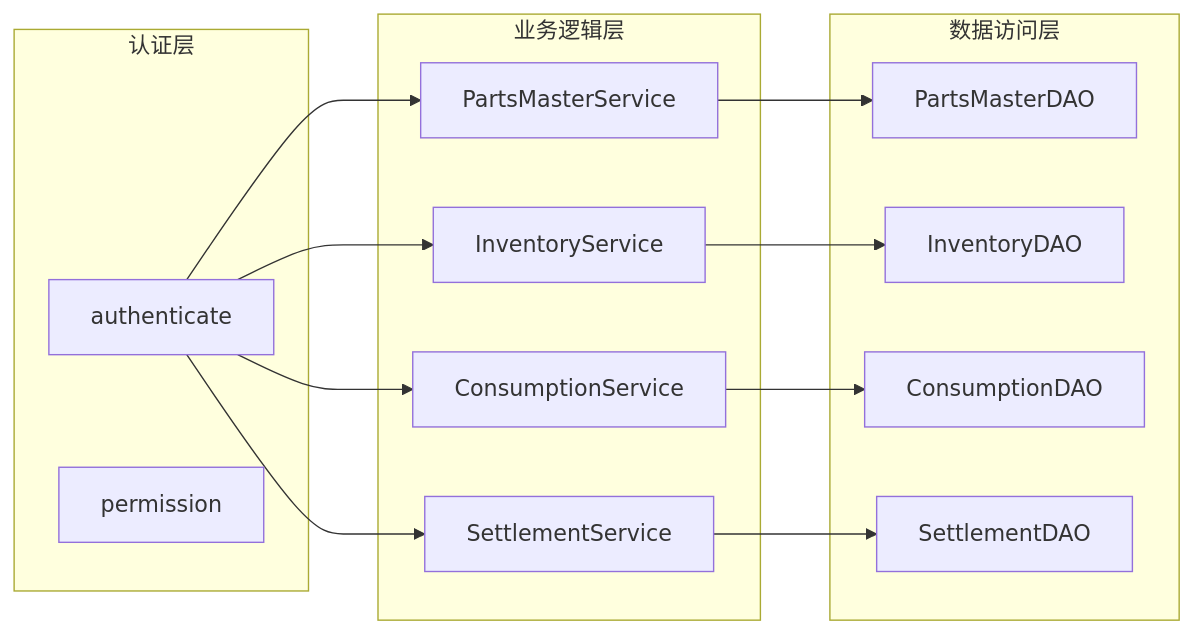
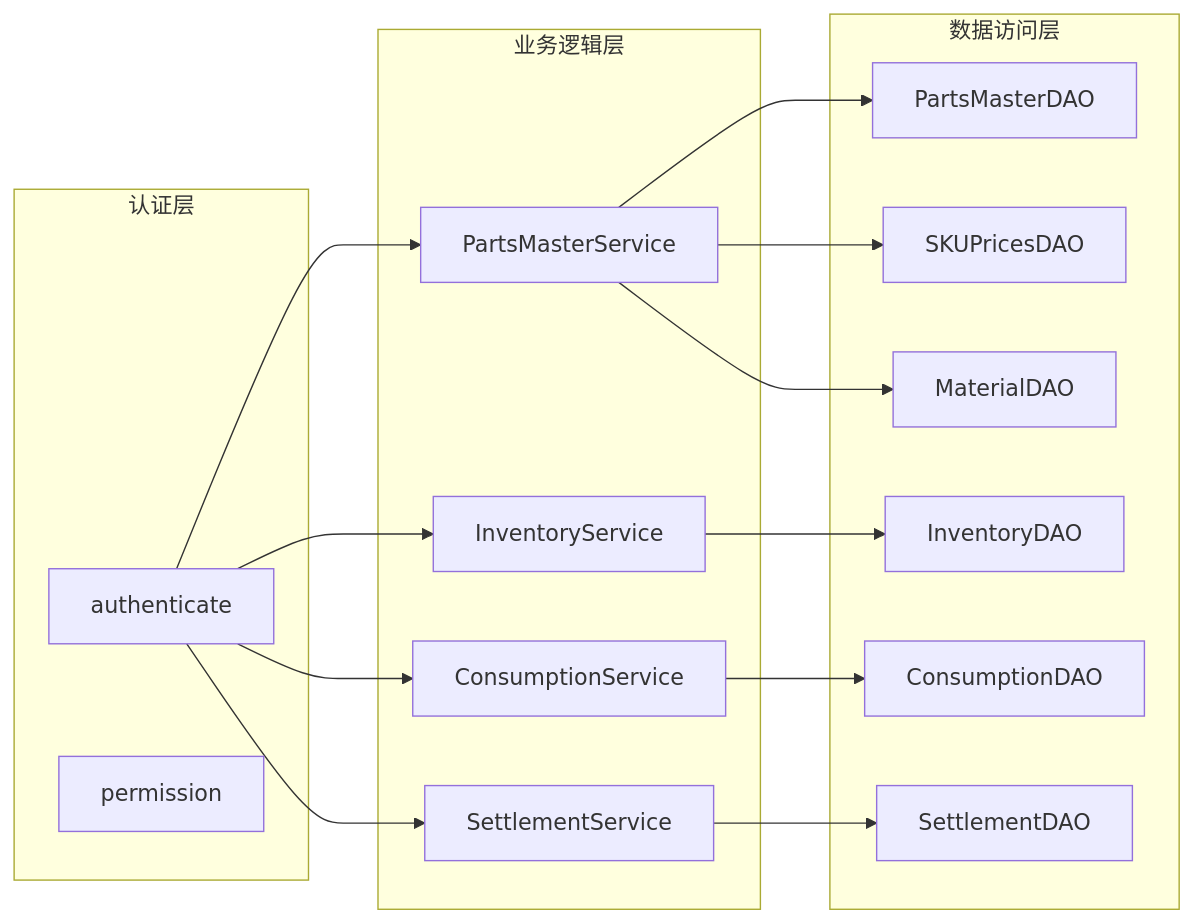
The third of 12 diagrams in .qoder/repowiki/zh/content/数据库设计/配件管理系统.md (CubeEdge/Longhorn), drawn with Mermaid before and after one commit. The commit also changed other lines of this file and 53 other files, not shown here.

````diff
--- a/.qoder/repowiki/zh/content/数据库设计/配件管理系统.md
+++ b/.qoder/repowiki/zh/content/数据库设计/配件管理系统.md
@@ -142,27 +162,31 @@
 ```mermaid
 graph LR
 subgraph "认证层"
 Authenticate[authenticate]
 Permission[permission]
 end
 subgraph "业务逻辑层"
 PartsMaster[PartsMasterService]
 InventoryService[InventoryService]
 ConsumptionService[ConsumptionService]
 SettlementService[SettlementService]
 end
 subgraph "数据访问层"
 PartsMasterDAO[PartsMasterDAO]
 InventoryDAO[InventoryDAO]
 ConsumptionDAO[ConsumptionDAO]
 SettlementDAO[SettlementDAO]
+SKUPricesDAO[SKUPricesDAO]
+MaterialDAO[MaterialDAO]
 end
 Authenticate --> PartsMaster
 Authenticate --> InventoryService
 Authenticate --> ConsumptionService
 Authenticate --> SettlementService
 PartsMaster --> PartsMasterDAO
+PartsMaster --> SKUPricesDAO
+PartsMaster --> MaterialDAO
 InventoryService --> InventoryDAO
 ConsumptionService --> ConsumptionDAO
 SettlementService --> SettlementDAO
 ```
````
